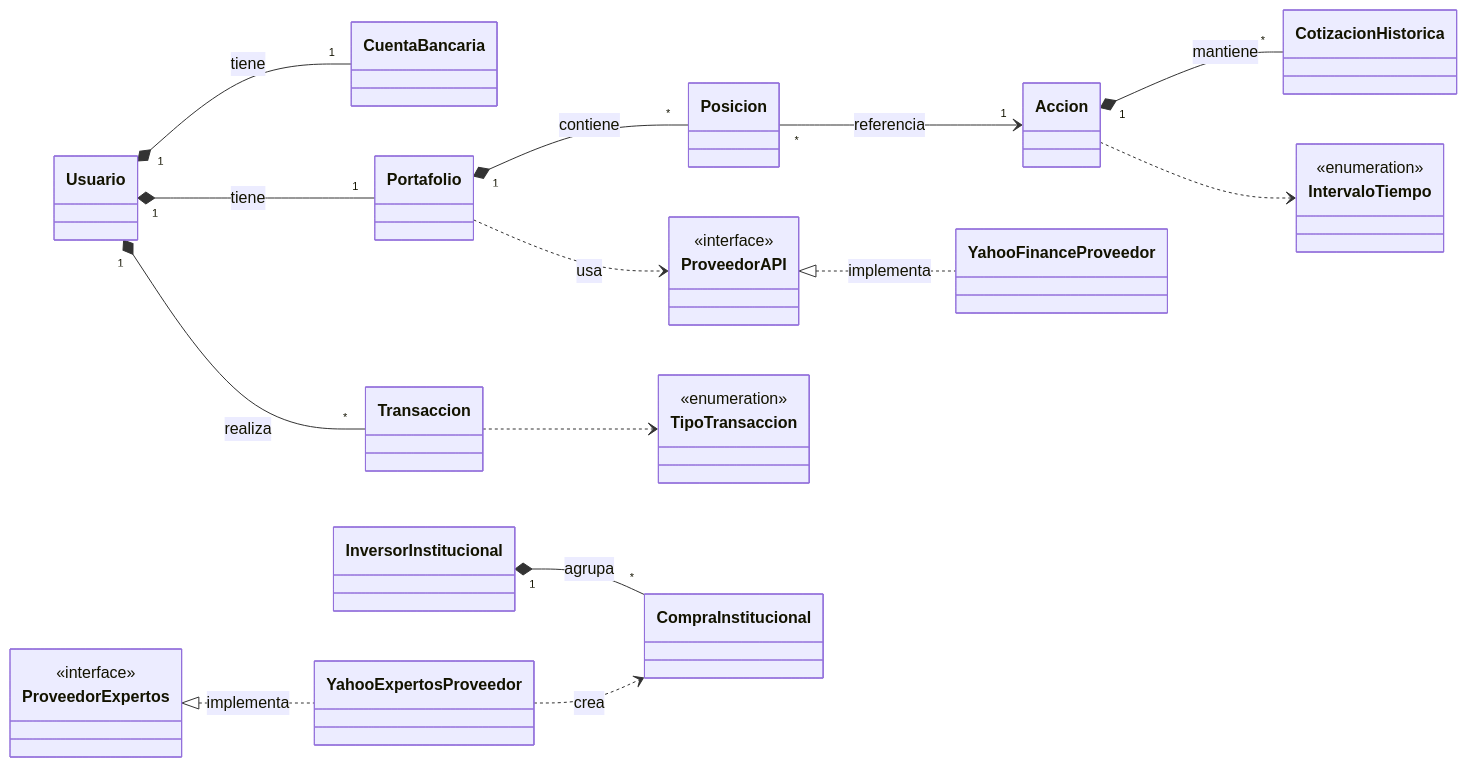
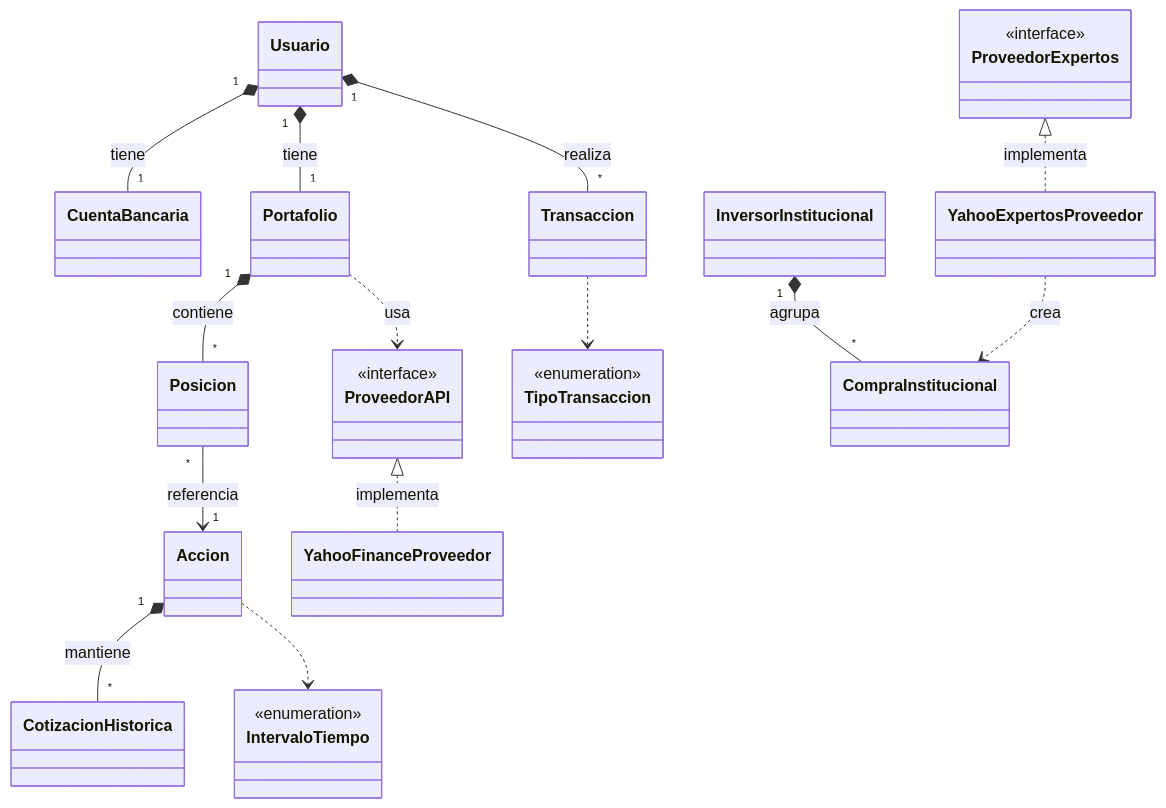
The first of 5 diagrams in DIAGRAMAS.md (juliandavidpalacios/proyecto-programacion-), drawn with Mermaid before and after one commit. The commit also changed other lines of this file, not shown here.

First line of the commit message:
Endurecer Mermaid: quitar 'direction LR' de los classDiagram para render fiable en GitHub

````diff
--- a/DIAGRAMAS.md
+++ b/DIAGRAMAS.md
@@ -67,42 +67,41 @@
 ```mermaid
 classDiagram
-    direction LR
 
     class Usuario
     class CuentaBancaria
     class Portafolio
     class Posicion
     class Accion
     class Transaccion
     class CotizacionHistorica
     class ProveedorAPI {
         <<interface>>
     }
     class YahooFinanceProveedor
     class InversorInstitucional
     class CompraInstitucional
     class ProveedorExpertos {
         <<interface>>
     }
     class YahooExpertosProveedor
     class TipoTransaccion {
         <<enumeration>>
     }
     class IntervaloTiempo {
         <<enumeration>>
     }
 
     Usuario "1" *-- "1" CuentaBancaria : tiene
     Usuario "1" *-- "1" Portafolio : tiene
     Usuario "1" *-- "*" Transaccion : realiza
     Portafolio "1" *-- "*" Posicion : contiene
     Portafolio ..> ProveedorAPI : usa
     Posicion "*" --> "1" Accion : referencia
     Accion "1" *-- "*" CotizacionHistorica : mantiene
     ProveedorAPI <|.. YahooFinanceProveedor : implementa
     Transaccion ..> TipoTransaccion
     Accion ..> IntervaloTiempo
     InversorInstitucional "1" *-- "*" CompraInstitucional : agrupa
     ProveedorExpertos <|.. YahooExpertosProveedor : implementa
     YahooExpertosProveedor ..> CompraInstitucional : crea
 ```
````
